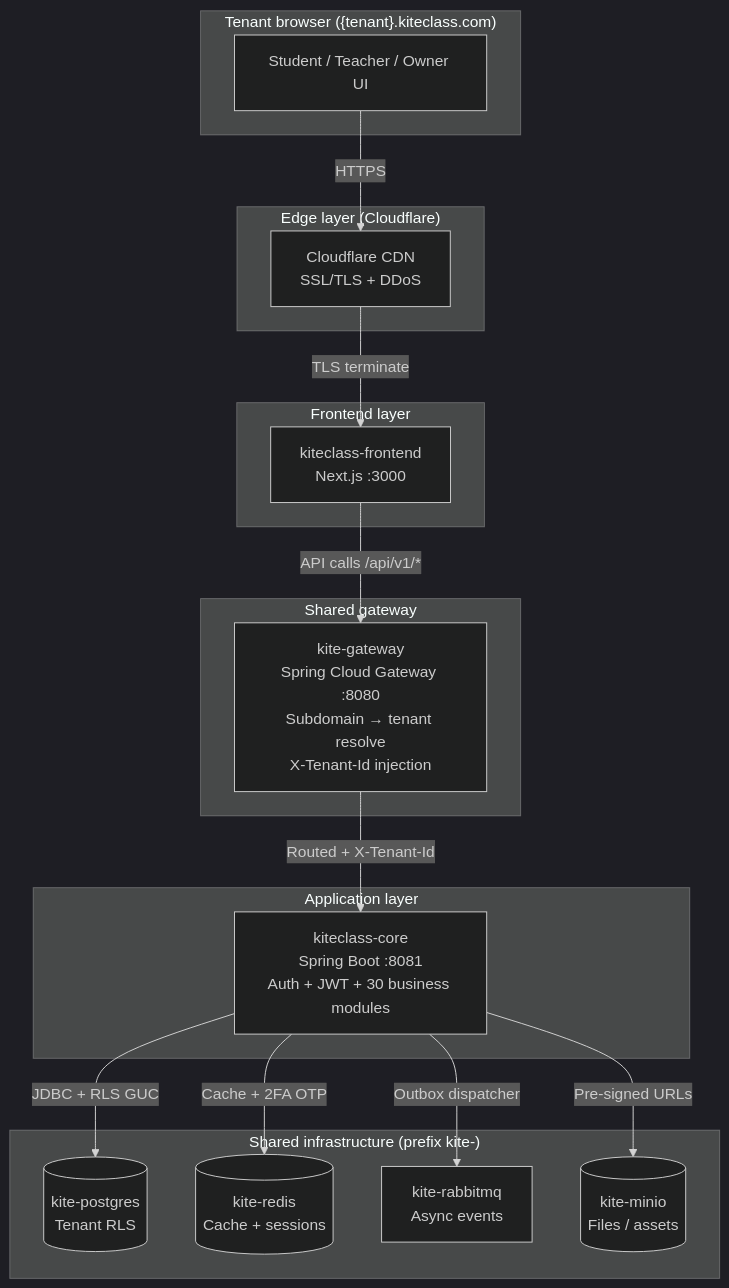
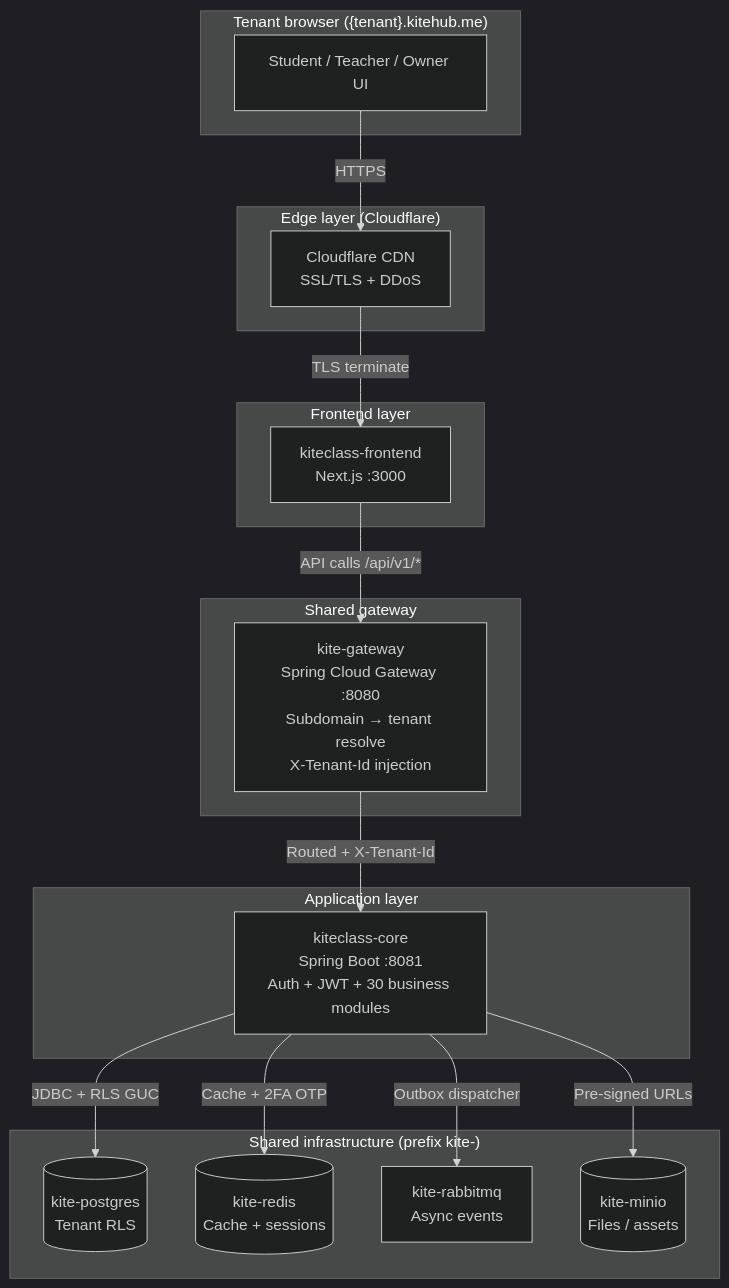
Before and after one commit to VictorAurelius/2026-Kite-Class-Platform: the first of 5 diagrams in documents/02-architecture/kiteclass-architecture.md, drawn with Mermaid (dark theme). The commit also changed other lines of this file and 278 other files, not shown here.

First line of the commit message:
fix(domain): sweep stale kiteclass.vn/.com → canonical kitehub.me ({slug}.kitehub.me tenant) + CI detector (GAP-1241) (#2374)

````diff
--- a/documents/02-architecture/kiteclass-architecture.md
+++ b/documents/02-architecture/kiteclass-architecture.md
@@ -38,38 +38,38 @@
 ```mermaid
 flowchart TB
-    subgraph Client["Tenant browser ({tenant}.kiteclass.com)"]
+    subgraph Client["Tenant browser ({tenant}.kitehub.me)"]
         Browser[Student / Teacher / Owner UI]
     end
 
     subgraph Edge["Edge layer (Cloudflare)"]
         CDN[Cloudflare CDN<br/>SSL/TLS + DDoS]
     end
 
     subgraph FrontendLayer["Frontend layer"]
         KCFE[kiteclass-frontend<br/>Next.js :3000]
     end
 
     subgraph GatewayLayer["Shared gateway"]
         Gateway[kite-gateway<br/>Spring Cloud Gateway :8080<br/>Subdomain → tenant resolve<br/>X-Tenant-Id injection]
     end
 
     subgraph CoreLayer["Application layer"]
         KCCore[kiteclass-core<br/>Spring Boot :8081<br/>Auth + JWT + 30 business modules]
     end
 
     subgraph SharedInfra["Shared infrastructure (prefix kite-)"]
         PG[(kite-postgres<br/>Tenant RLS)]
         Redis[(kite-redis<br/>Cache + sessions)]
         MQ[kite-rabbitmq<br/>Async events]
         MinIO[(kite-minio<br/>Files / assets)]
     end
 
     Browser -->|HTTPS| CDN
     CDN -->|TLS terminate| KCFE
     KCFE -->|API calls /api/v1/*| Gateway
     Gateway -->|Routed + X-Tenant-Id| KCCore
     KCCore -->|JDBC + RLS GUC| PG
     KCCore -->|Cache + 2FA OTP| Redis
     KCCore -->|Outbox dispatcher| MQ
     KCCore -->|Pre-signed URLs| MinIO
 ```
````
